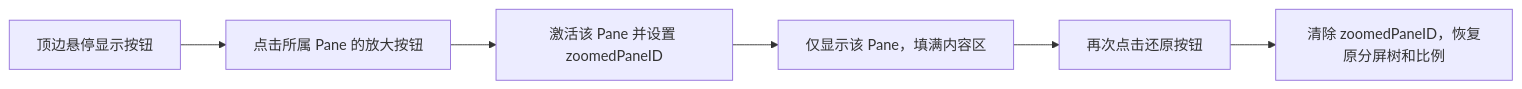
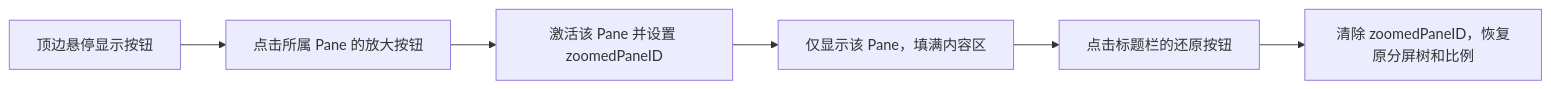
The fourth of 6 diagrams in docs/developer/terminal-domain.md (rambocode/aster), drawn with Mermaid before and after one commit. The commit also changed other lines of this file and 9 other files, not shown here.

````diff
--- a/docs/developer/terminal-domain.md
+++ b/docs/developer/terminal-domain.md
@@ -181,8 +183,8 @@
 ```mermaid
 flowchart LR
   A[顶边悬停显示按钮] --> B[点击所属 Pane 的放大按钮]
   B --> C[激活该 Pane 并设置 zoomedPaneID]
   C --> D[仅显示该 Pane，填满内容区]
-  D --> E[再次点击还原按钮]
+  D --> E[点击标题栏的还原按钮]
   E --> F[清除 zoomedPaneID，恢复原分屏树和比例]
 ```
````
